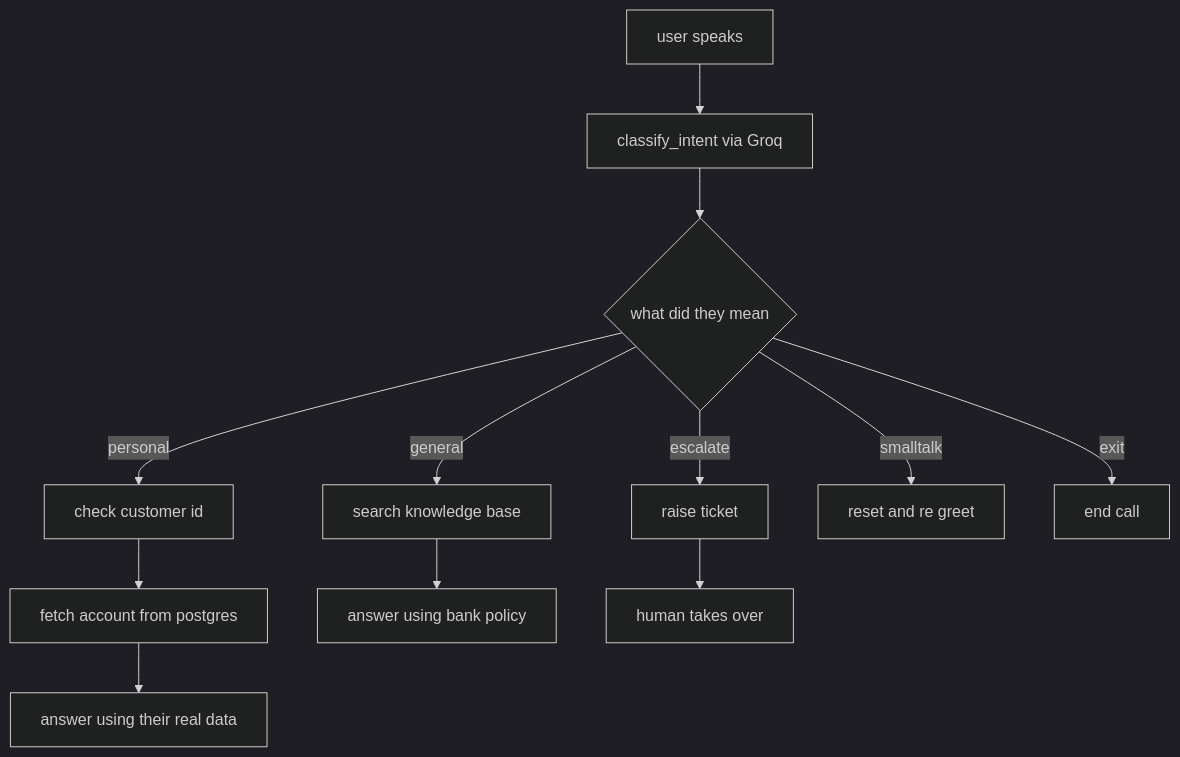
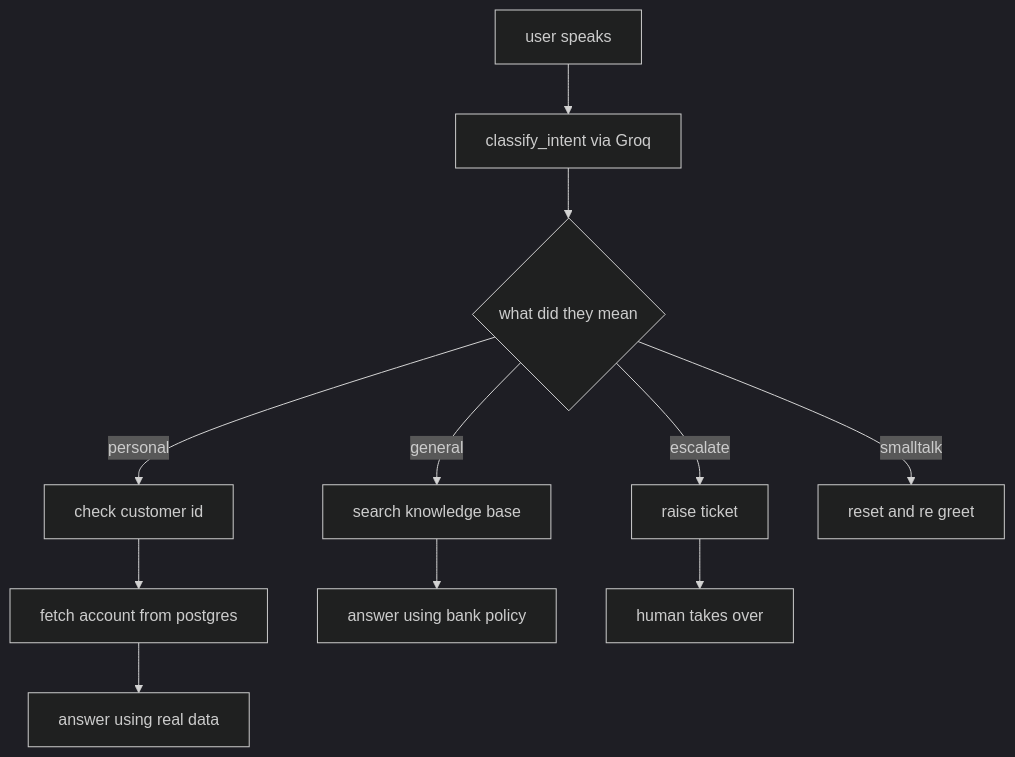
Before and after one commit to niharnandala/Banking_Voice_Agent_With_intelligent_Routing: the diagram in README.MD, drawn with Mermaid (dark theme). The commit also changed other lines of this file and 2 other files, not shown here.

````diff
--- a/README.MD
+++ b/README.MD
@@ -83,14 +40,9 @@
 ```mermaid
 flowchart TD
     A[user speaks] --> B[classify_intent via Groq]
     B --> C{what did they mean}
-    C -->|personal| D[check customer id]
-    D --> E[fetch account from postgres]
-    E --> F[answer using their real data]
-    C -->|general| G[search knowledge base]
-    G --> H[answer using bank policy]
-    C -->|escalate| I[raise ticket]
-    I --> J[human takes over]
+    C -->|personal| D[check customer id] --> E[fetch account from postgres] --> F[answer using real data]
+    C -->|general| G[search knowledge base] --> H[answer using bank policy]
+    C -->|escalate| I[raise ticket] --> J[human takes over]
     C -->|smalltalk| K[reset and re greet]
-    C -->|exit| L[end call]
 ```
````
